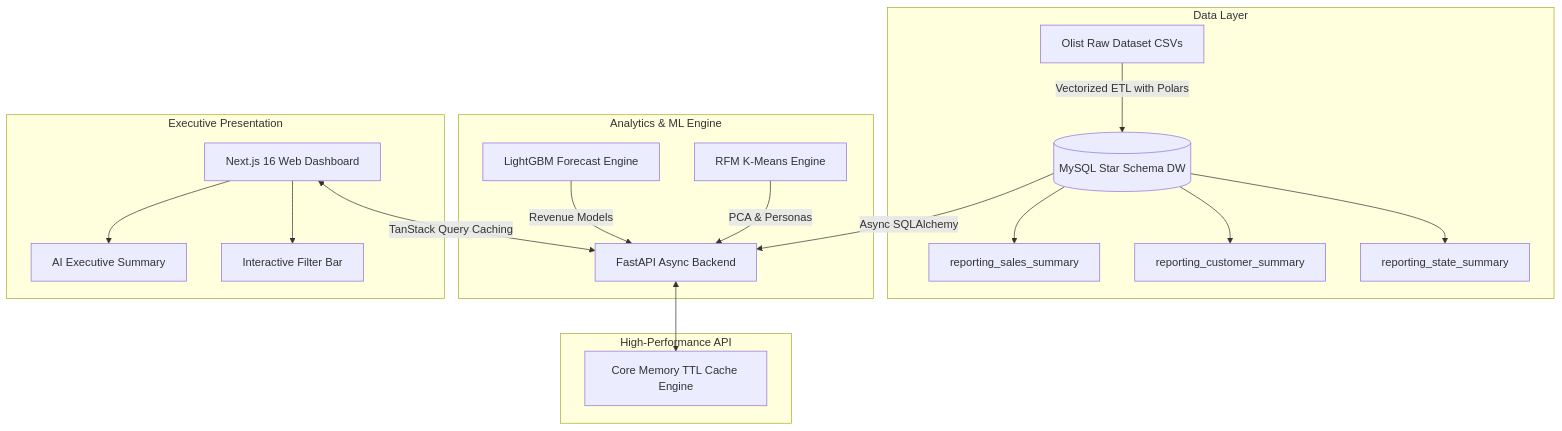
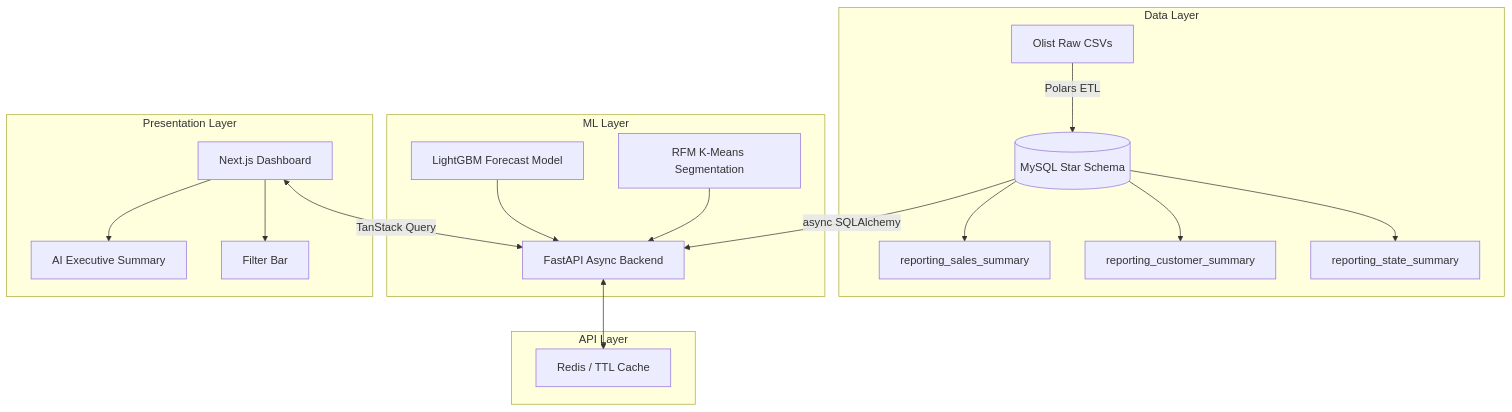
One commit to gautamhardik/Analytica changed the diagram in README.md. Above: the diagram before and after it, drawn with Mermaid. The commit also changed other lines of this file, not shown here.

````diff
--- a/README.md
+++ b/README.md
@@ -30,25 +56,25 @@
 ```mermaid
 flowchart TD
     subgraph Data Layer
-        A[Olist Raw Dataset CSVs] -->|Vectorized ETL with Polars| B[(MySQL Star Schema DW)]
+        A[Olist Raw CSVs] -->|Polars ETL| B[(MySQL Star Schema)]
         B --> C[reporting_sales_summary]
         B --> D[reporting_customer_summary]
         B --> E[reporting_state_summary]
     end
 
-    subgraph Analytics & ML Engine
-        F[LightGBM Forecast Engine] -->|Revenue Models| H[Backend API Services]
-        G[RFM K-Means Engine] -->|PCA & Personas| H
-        B -->|Async SQLAlchemy| H
+    subgraph ML Layer
+        F[LightGBM Forecast Model] --> H[FastAPI Backend]
+        G[RFM K-Means Segmentation] --> H
+        B -->|async SQLAlchemy| H
     end
 
-    subgraph High-Performance API
-        H[FastAPI Async Backend] <--> I[Core Memory TTL Cache Engine]
+    subgraph API Layer
+        H[FastAPI Async Backend] <--> I[Redis / TTL Cache]
     end
 
-    subgraph Executive Presentation
-        J[Next.js 16 Web Dashboard] <-->|TanStack Query Caching| H
+    subgraph Presentation Layer
+        J[Next.js Dashboard] <-->|TanStack Query| H
         J --> K[AI Executive Summary]
-        J --> L[Interactive Filter Bar]
+        J --> L[Filter Bar]
     end
 ```
````
